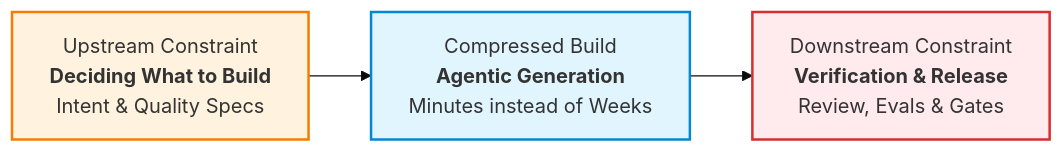
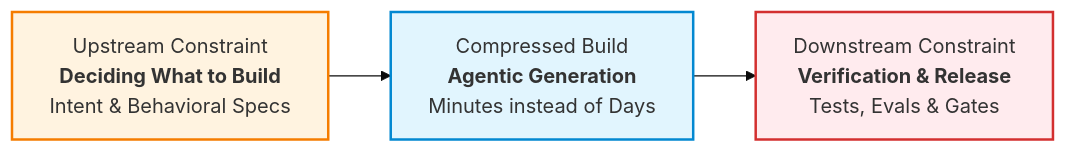
Before and after one commit to keolo/keolo-com: the first of 4 diagrams in content/posts/planned-vs-unplanned-work-in-agentic-development.md, drawn with Mermaid (base theme). The commit also changed other lines of this file, not shown here.

````diff
--- a/content/posts/planned-vs-unplanned-work-in-agentic-development.md
+++ b/content/posts/planned-vs-unplanned-work-in-agentic-development.md
@@ -33,9 +29,9 @@
 ```mermaid
 flowchart LR
-    UP["Upstream Constraint<br/><b>Deciding What to Build</b><br/>Intent & Quality Specs"] --> BUILD["Compressed Build<br/><b>Agentic Generation</b><br/>Minutes instead of Weeks"]
-    BUILD --> DOWN["Downstream Constraint<br/><b>Verification & Release</b><br/>Review, Evals & Gates"]
+    UP["Upstream Constraint<br/><b>Deciding What to Build</b><br/>Intent & Behavioral Specs"] --> BUILD["Compressed Build<br/><b>Agentic Generation</b><br/>Minutes instead of Days"]
+    BUILD --> DOWN["Downstream Constraint<br/><b>Verification & Release</b><br/>Tests, Evals & Gates"]
     
     style BUILD fill:#e1f5fe,stroke:#0288d1,stroke-width:2px
     style UP fill:#fff3e0,stroke:#f57c00,stroke-width:2px
     style DOWN fill:#ffebee,stroke:#d32f2f,stroke-width:2px
 ```
````
